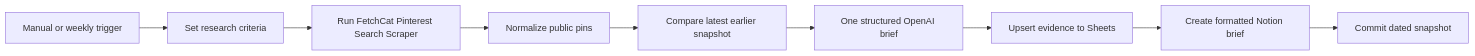
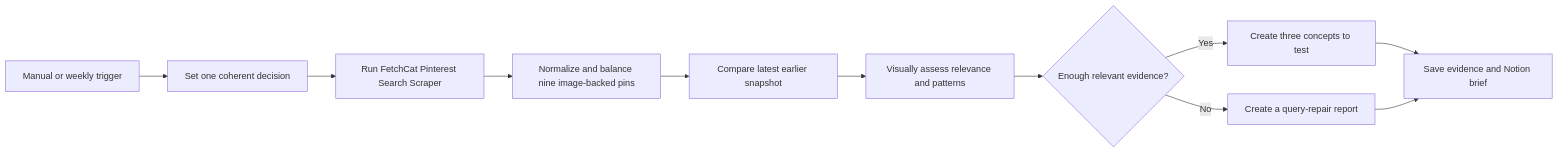
The diagram in workflows/pinterest-search-opportunities-brief/README.md (annamiy/fetchcat-n8n-workflows), drawn with Mermaid before and after one commit. The commit also changed other lines of this file and 7 other files, not shown here.

````diff
--- a/workflows/pinterest-search-opportunities-brief/README.md
+++ b/workflows/pinterest-search-opportunities-brief/README.md
@@ -39,11 +40,13 @@
 ```mermaid
 flowchart LR
-  T[Manual or weekly trigger] --> C[Set research criteria]
+  T[Manual or weekly trigger] --> C[Set one coherent decision]
   C --> A[Run FetchCat Pinterest Search Scraper]
-  A --> N[Normalize public pins]
+  A --> N[Normalize and balance nine image-backed pins]
   N --> H[Compare latest earlier snapshot]
-  H --> O[One structured OpenAI brief]
-  O --> S[Upsert evidence to Sheets]
-  S --> P[Create formatted Notion brief]
-  P --> D[Commit dated snapshot]
+  H --> V[Visually assess relevance and patterns]
+  V --> G{Enough relevant evidence?}
+  G -->|Yes| O[Create three concepts to test]
+  G -->|No| Q[Create a query-repair report]
+  O --> S[Save evidence and Notion brief]
+  Q --> S
 ```
````
